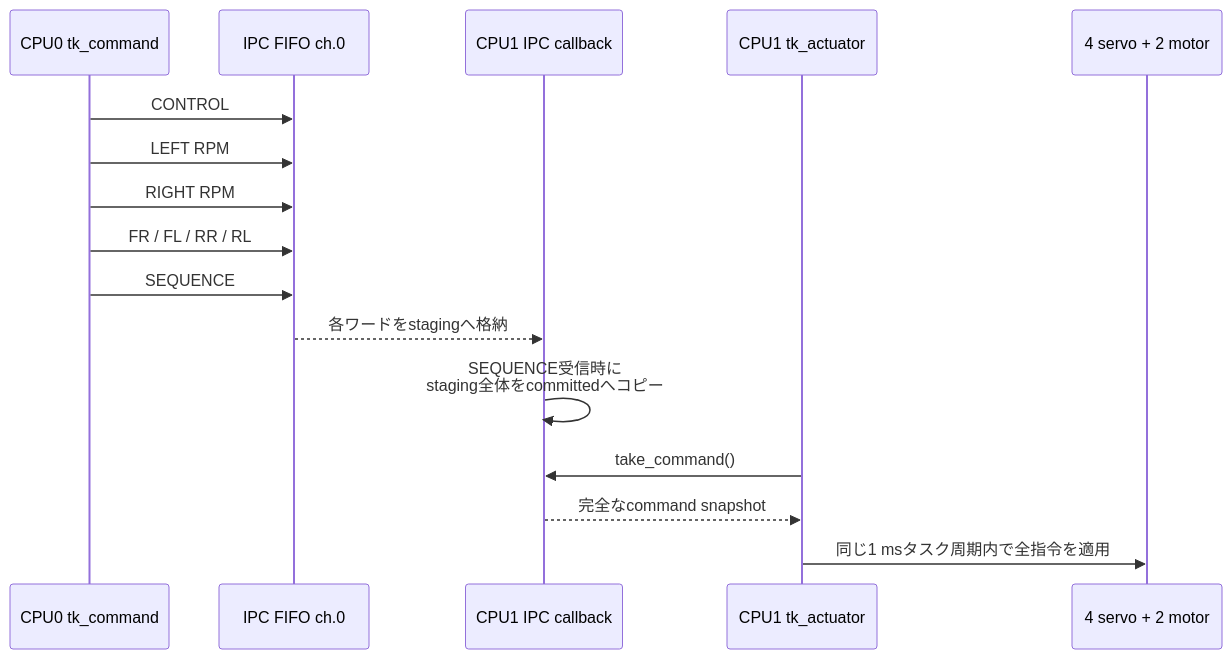
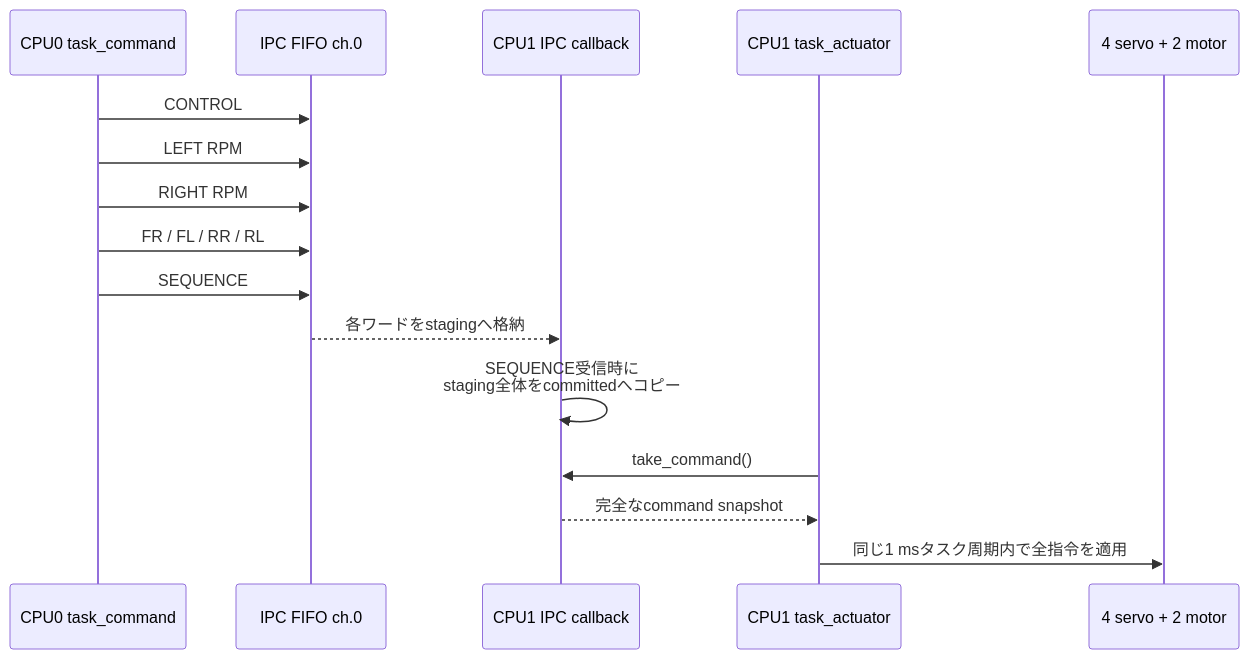
Before and after one commit to horned128/sound-exploration-rover: the third of 6 diagrams in docs/firmware/ARCHITECTURE.md, drawn with Mermaid. The commit also changed other lines of this file and 107 other files, not shown here.

````diff
--- a/docs/firmware/ARCHITECTURE.md
+++ b/docs/firmware/ARCHITECTURE.md
@@ -309,19 +310,19 @@
 ```mermaid
 sequenceDiagram
-    participant CMD as CPU0 tk_command
+    participant CMD as CPU0 task_command
     participant FIFO as IPC FIFO ch.0
     participant ISR as CPU1 IPC callback
-    participant APP as CPU1 tk_actuator
+    participant APP as CPU1 task_actuator
     participant OUT as 4 servo + 2 motor
 
     CMD->>FIFO: CONTROL
     CMD->>FIFO: LEFT RPM
     CMD->>FIFO: RIGHT RPM
     CMD->>FIFO: FR / FL / RR / RL
     CMD->>FIFO: SEQUENCE
     FIFO-->>ISR: 各ワードをstagingへ格納
     ISR->>ISR: SEQUENCE受信時に<br/>staging全体をcommittedへコピー
     APP->>ISR: take_command()
     ISR-->>APP: 完全なcommand snapshot
     APP->>OUT: 同じ1 msタスク周期内で全指令を適用
 ```
````
